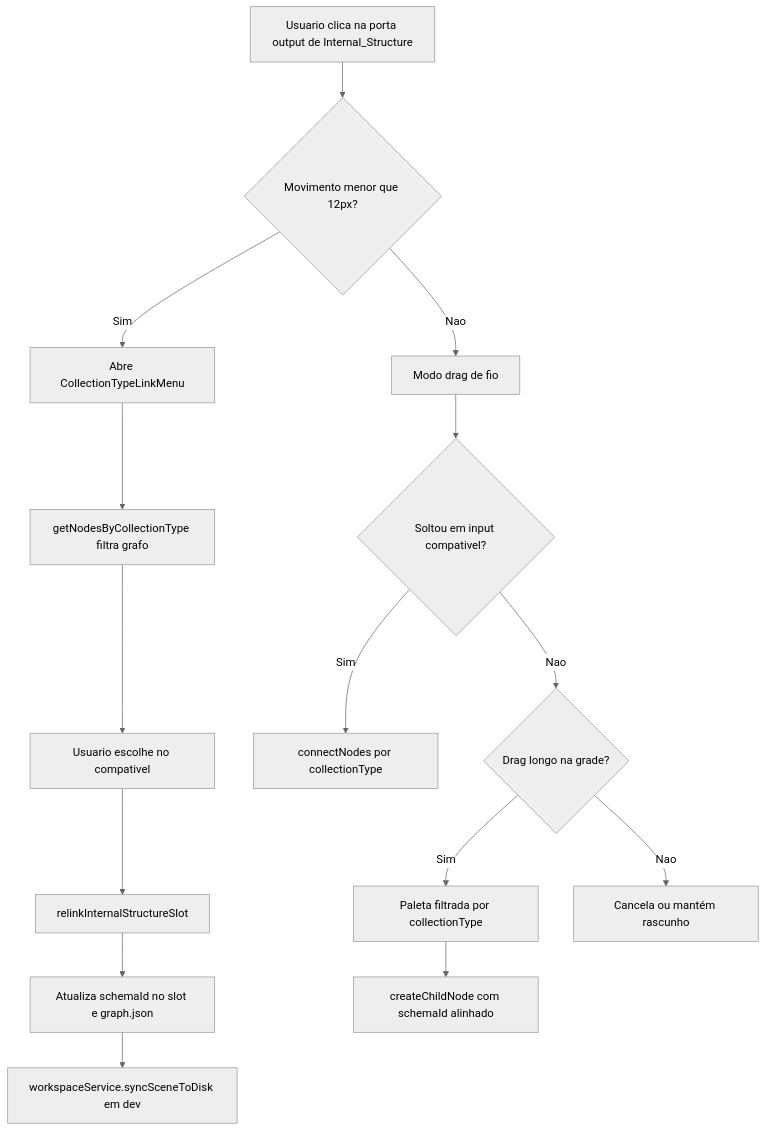
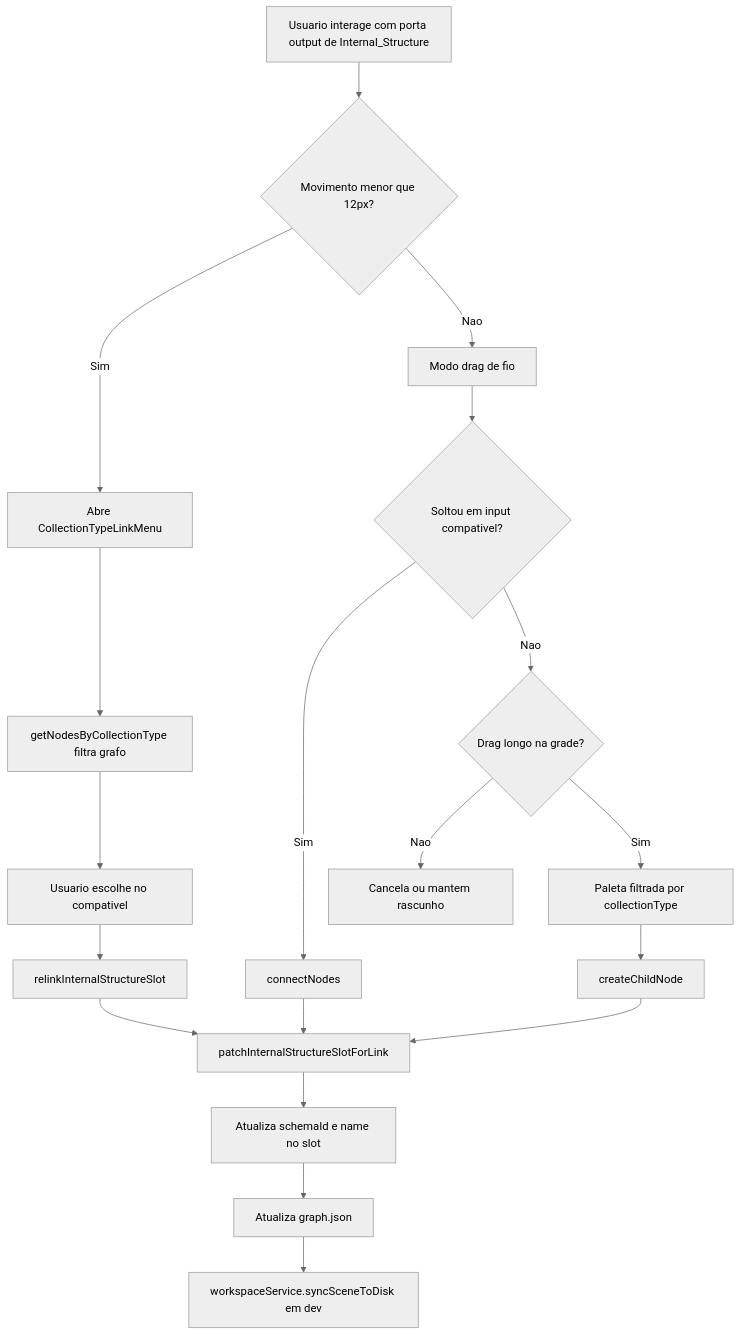
The first of 2 diagrams in README.md (JunioCesar96/Node-Graphs-League-of-Legends), drawn with Mermaid (neutral theme) before and after one commit. The commit also changed other lines of this file and 1 other file, not shown here.

First line of the commit message:
docs: actualizar documentacao com sincronizacao de name do slot e commit bb98cc3.

````diff
--- a/README.md
+++ b/README.md
@@ -31,17 +33,21 @@
 ```mermaid
 graph TD
-  A[Usuario clica na porta output de Internal_Structure] --> B{Movimento menor que 12px?}
+  A[Usuario interage com porta output de Internal_Structure] --> B{Movimento menor que 12px?}
   B -- Sim --> C[Abre CollectionTypeLinkMenu]
   B -- Nao --> D[Modo drag de fio]
   C --> E[getNodesByCollectionType filtra grafo]
   E --> F[Usuario escolhe no compativel]
   F --> G[relinkInternalStructureSlot]
-  G --> H[Atualiza schemaId no slot e graph.json]
-  H --> I[workspaceService.syncSceneToDisk em dev]
-  D --> J{Soltou em input compativel?}
-  J -- Sim --> K[connectNodes por collectionType]
-  J -- Nao --> L{Drag longo na grade?}
-  L -- Sim --> M[Paleta filtrada por collectionType]
-  L -- Nao --> N[Cancela ou mantém rascunho]
-  M --> O[createChildNode com schemaId alinhado]
+  G --> H[patchInternalStructureSlotForLink]
+  H --> I[Atualiza schemaId e name no slot]
+  I --> J[Atualiza graph.json]
+  J --> K[workspaceService.syncSceneToDisk em dev]
+  D --> L{Soltou em input compativel?}
+  L -- Sim --> M[connectNodes]
+  M --> H
+  L -- Nao --> N{Drag longo na grade?}
+  N -- Sim --> O[Paleta filtrada por collectionType]
+  N -- Nao --> P[Cancela ou mantem rascunho]
+  O --> Q[createChildNode]
+  Q --> H
 ```
````
